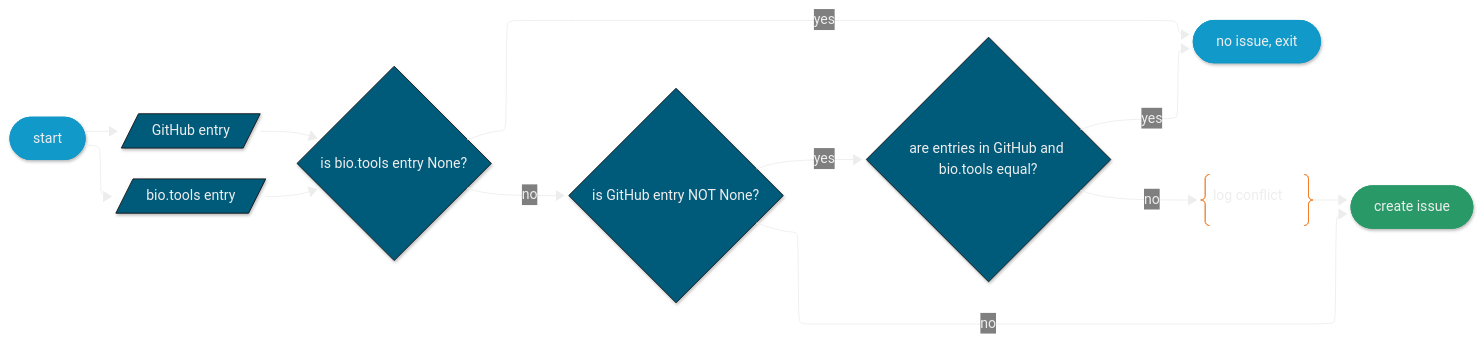
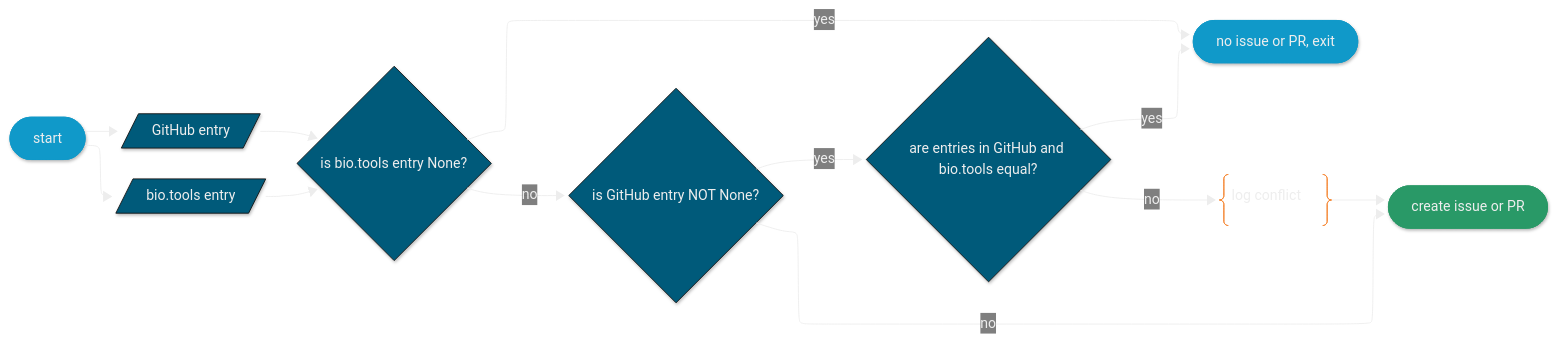
The diagram in docs/source/api_reference/diagrams/bt2gh/policy-bt-over-gh.mmd (bio-tools/biohackathon2025), drawn with Mermaid before and after one commit. The commit also changed 2 other files, not shown here.

Commit message:
doc: let policy decide both issue and pr creation

```diff
--- a/docs/source/api_reference/diagrams/bt2gh/policy-bt-over-gh.mmd
+++ b/docs/source/api_reference/diagrams/bt2gh/policy-bt-over-gh.mmd
@@ -1,45 +1,45 @@
 ---
 config:
   theme: base
   look: neo
   layout: elk
   elk:
     nodePlacementStrategy: NETWORK_SIMPLEX
   themeVariables:
     darkMode: true
     background: "#121212"
     primaryColor: "#005a7a"
     primaryBorderColor: "#121212"
     secondaryBorderColor:  "#121212"
     edgeLabelBackground: transparent
     labelTextColor: "#5DD3FC"
     clusterBkg: transparent
     clusterBorder: "#5DD3FC"
     noteBkgColor: "#F47D22"
     noteBorderColor: "#F47D22"
     noteTextColor: "#fff"
 ---
 flowchart LR
     classDef notestyle fill:#F47D22
     classDef notestyle stroke:#F47D22
     classDef terminal fill:#1099c9
     classDef terminal stroke:#1099c9
     classDef success fill:#299967
     classDef success stroke:#299967
 
     start([start]):::terminal
-    nochange([no issue, exit]):::terminal
+    nochange([no issue or PR, exit]):::terminal
     gh[/GitHub entry/]
     bt[/bio.tools entry/]
     conflict@{ shape: braces, label: "log conflict" }
     style conflict fill:#F47D22,stroke:#F47D22
 
     start --> gh & bt
     gh & bt --> bt_check{is bio.tools entry None?}
     bt_check -->|yes| nochange
     bt_check -->|no| gh_check{is GitHub entry NOT None?}
     gh_check -->|yes| equal_check{are entries in GitHub and bio.tools equal?}
     equal_check -->|yes| nochange
     equal_check -->|no| conflict
-    conflict --> return([create issue]):::success
+    conflict --> return([create issue or PR]):::success
     gh_check -->|no| return
```
